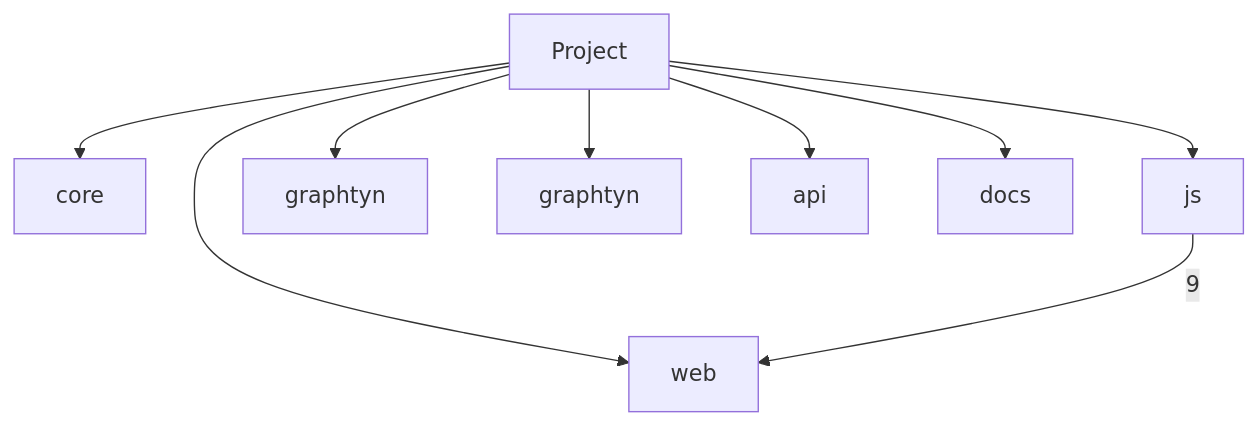
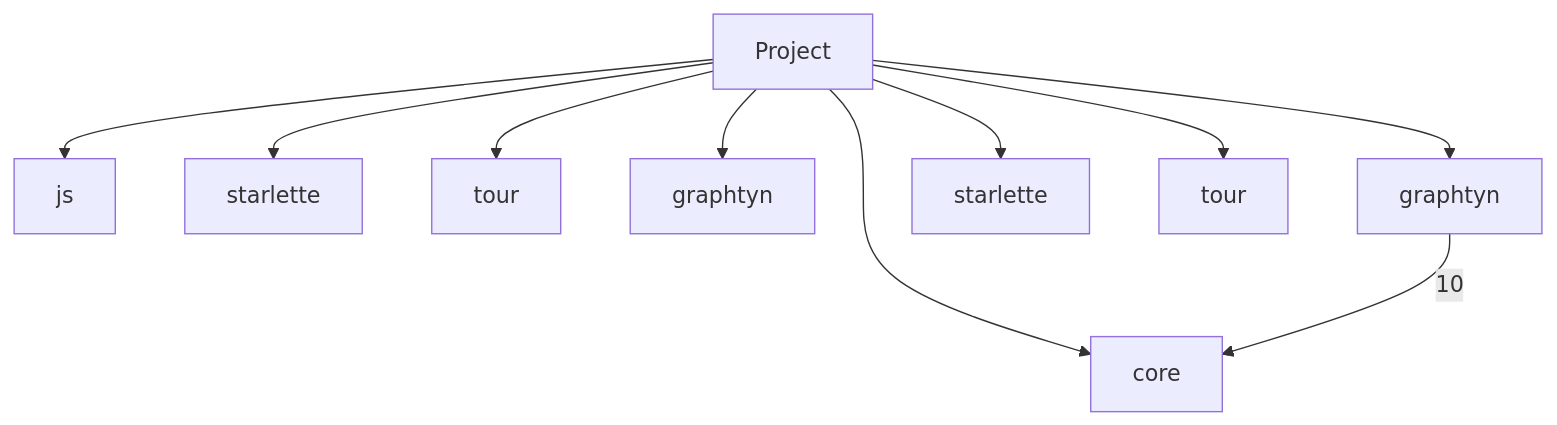
One commit to CaleroAM/graphtyn changed the diagram in GRAPHTYN_REPORT.md. Above: the diagram before and after it, drawn with Mermaid. The commit also changed other lines of this file and 88 other files, not shown here.

````diff
--- a/GRAPHTYN_REPORT.md
+++ b/GRAPHTYN_REPORT.md
@@ -16,12 +16,13 @@
 ```mermaid
 flowchart TD
   ROOT[Project]
   ROOT --> S0[core]
   ROOT --> S1[js]
-  ROOT --> S2[graphtyn]
-  ROOT --> S3[graphtyn]
-  ROOT --> S4[api]
-  ROOT --> S5[docs]
-  ROOT --> S6[web]
-  S1 -->|9| S6
+  ROOT --> S2[starlette]
+  ROOT --> S3[tour]
+  ROOT --> S4[graphtyn]
+  ROOT --> S5[graphtyn]
+  ROOT --> S6[starlette]
+  ROOT --> S7[tour]
+  S5 -->|10| S0
 ```
````
